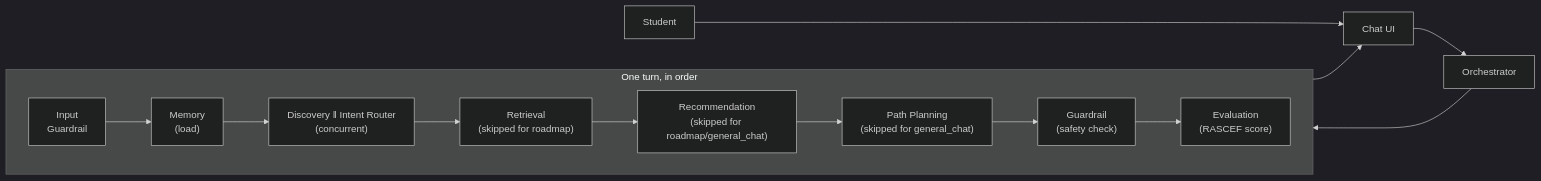
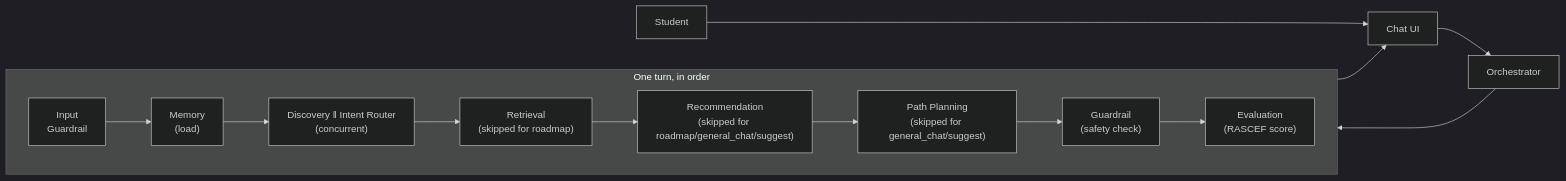
Before and after one commit to a-koder/pathfinder-ai: the first of 7 diagrams in docs/08_Diagrams.md, drawn with Mermaid (dark theme). The commit also changed other lines of this file and 15 other files, not shown here.

````diff
--- a/docs/08_Diagrams.md
+++ b/docs/08_Diagrams.md
@@ -7,19 +7,19 @@
 ```mermaid
 flowchart LR
     S["Student"] --> UI["Chat UI"]
     UI --> ORC["Orchestrator"]
     ORC --> STEPS
 
     subgraph STEPS ["One turn, in order"]
         direction LR
         IGA["Input\nGuardrail"] --> MEM["Memory\n(load)"]
         MEM --> PAR["Discovery ‖ Intent Router\n(concurrent)"]
         PAR --> RET["Retrieval\n(skipped for roadmap)"]
-        RET --> REC["Recommendation\n(skipped for roadmap/general_chat)"]
-        REC --> PLAN["Path Planning\n(skipped for general_chat)"]
+        RET --> REC["Recommendation\n(skipped for roadmap/general_chat/suggest)"]
+        REC --> PLAN["Path Planning\n(skipped for general_chat/suggest)"]
         PLAN --> GRD["Guardrail\n(safety check)"]
         GRD --> EVAL["Evaluation\n(RASCEF score)"]
     end
 
     STEPS --> UI
 ```
````
